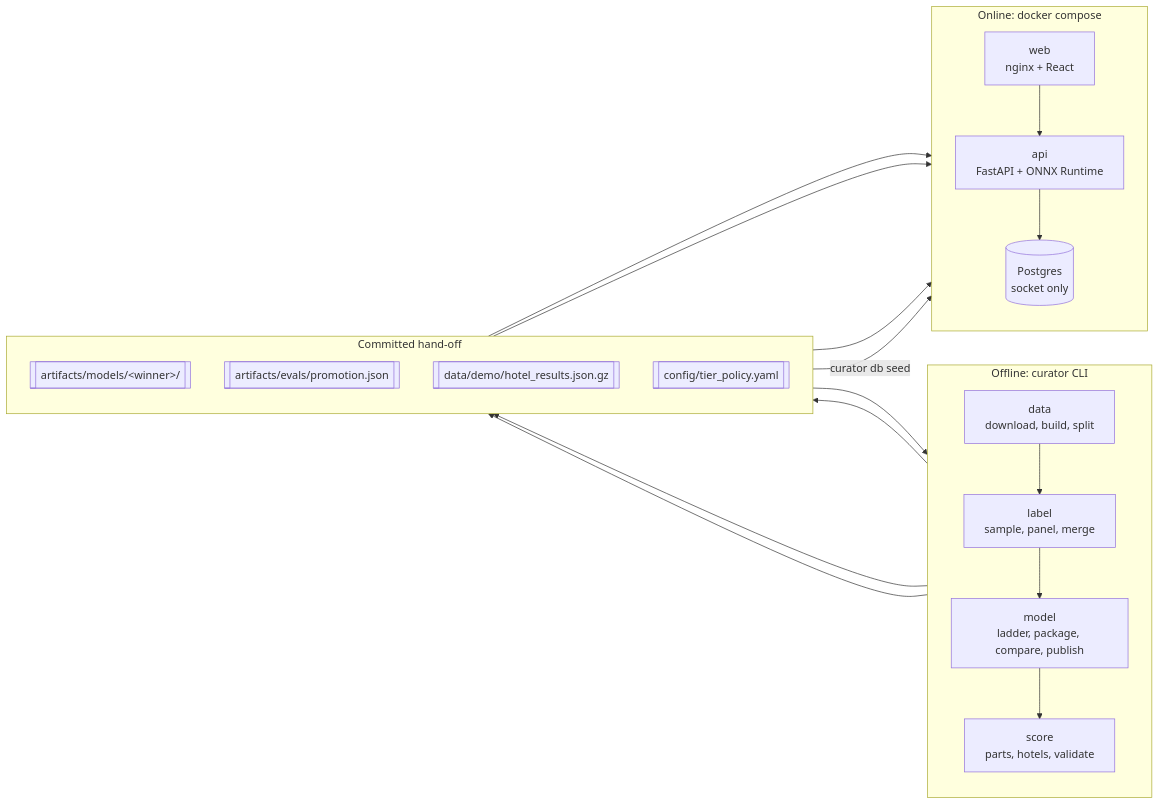
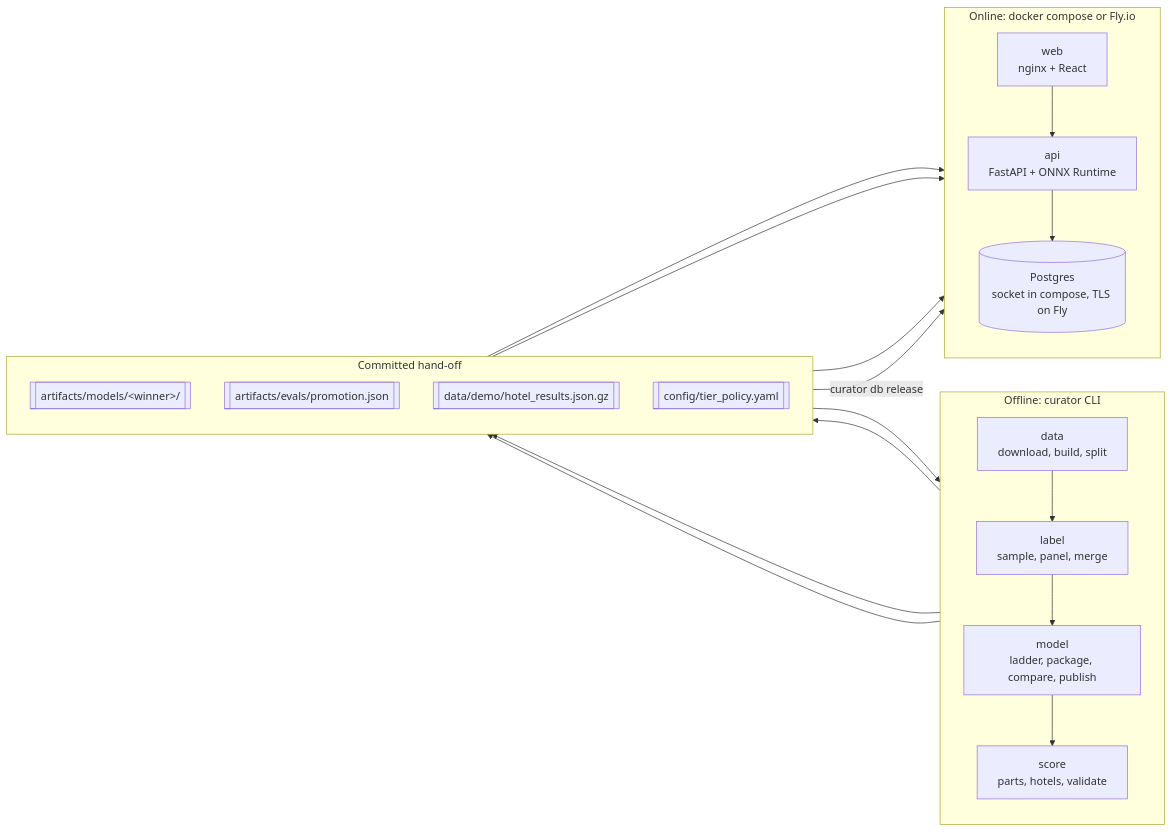
Before and after one commit to amit-badave-04/hotel-curator: the first of 3 diagrams in docs/architecture/README.md, drawn with Mermaid. The commit also changed other lines of this file and 34 other files, not shown here.

````diff
--- a/docs/architecture/README.md
+++ b/docs/architecture/README.md
@@ -21,26 +21,26 @@
 ```mermaid
 flowchart LR
   subgraph offline[Offline: curator CLI]
     direction TB
     data[data<br/>download, build, split] --> label[label<br/>sample, panel, merge]
     label --> model[model<br/>ladder, package, compare, publish]
     model --> score[score<br/>parts, hotels, validate]
   end
   subgraph handoff[Committed hand-off]
     direction TB
     pkg[[artifacts/models/&lt;winner&gt;/]]
     promo[[artifacts/evals/promotion.json]]
     results[[data/demo/hotel_results.json.gz]]
     policy[[config/tier_policy.yaml]]
   end
-  subgraph online[Online: docker compose]
+  subgraph online[Online: docker compose or Fly.io]
     direction TB
     web[web<br/>nginx + React] --> api[api<br/>FastAPI + ONNX Runtime]
-    api --> db[(Postgres<br/>socket only)]
+    api --> db[(Postgres<br/>socket in compose, TLS on Fly)]
   end
   model --> pkg & promo
   score --> results
   policy --> score
   pkg & promo & policy --> api
-  results -->|curator db seed| db
+  results -->|curator db release| db
 ```
````
